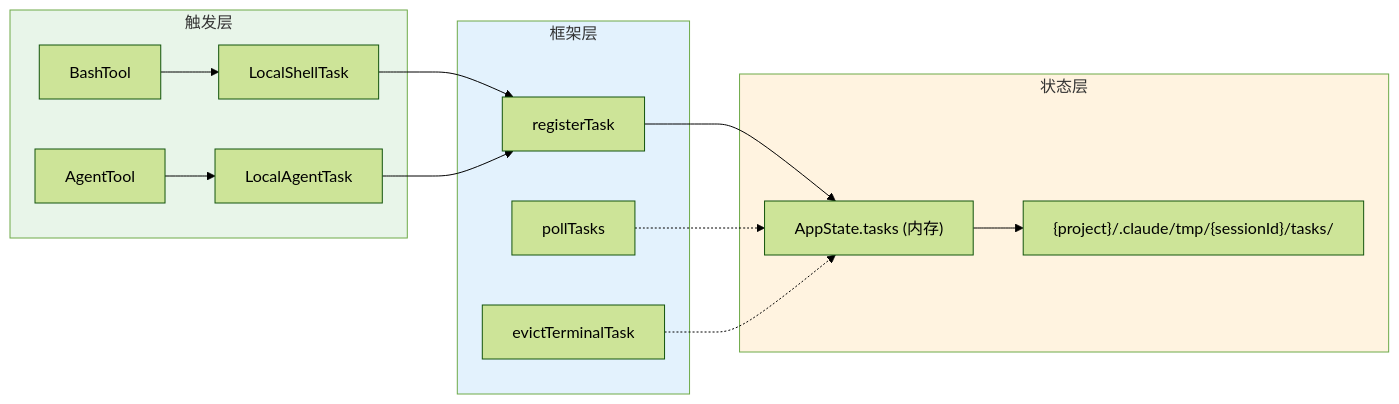
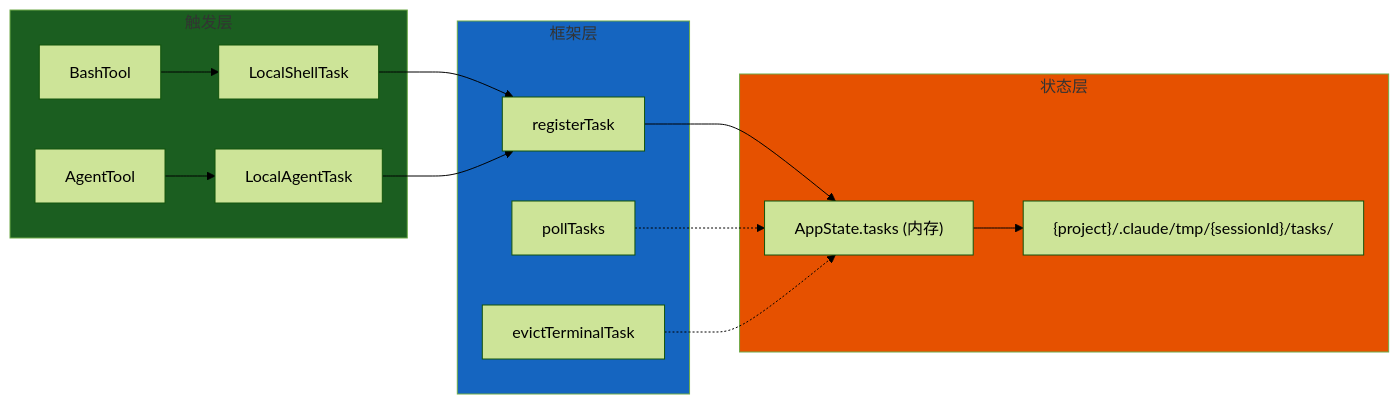
Before and after one commit to platootalp/harness-code: the third of 16 diagrams in harness/docs/deep/TASK-SYSTEM.md, drawn with Mermaid (forest theme). The commit also changed other lines of this file and 10 other files, not shown here.

````diff
--- a/harness/docs/deep/TASK-SYSTEM.md
+++ b/harness/docs/deep/TASK-SYSTEM.md
@@ -210,29 +210,29 @@
 ```mermaid
 flowchart LR
     subgraph 触发层
         BashTool --> LocalShellTask
         AgentTool --> LocalAgentTask
     end
 
     subgraph 框架层
         registerTask
         pollTasks
         evictTerminalTask
     end
 
     subgraph 状态层
         AppState.tasks["AppState.tasks (内存)"]
         磁盘输出["{project}/.claude/tmp/{sessionId}/tasks/"]
     end
 
     LocalShellTask --> registerTask
     LocalAgentTask --> registerTask
     registerTask --> AppState.tasks
     AppState.tasks --> 磁盘输出
     pollTasks -.-> AppState.tasks
     evictTerminalTask -.-> AppState.tasks
 
-    style 触发层 fill:#e8f5e9
-    style 框架层 fill:#e3f2fd
-    style 状态层 fill:#fff3e0
+    style 触发层 fill:#1b5e20
+    style 框架层 fill:#1565c0
+    style 状态层 fill:#e65100
 ```
````
